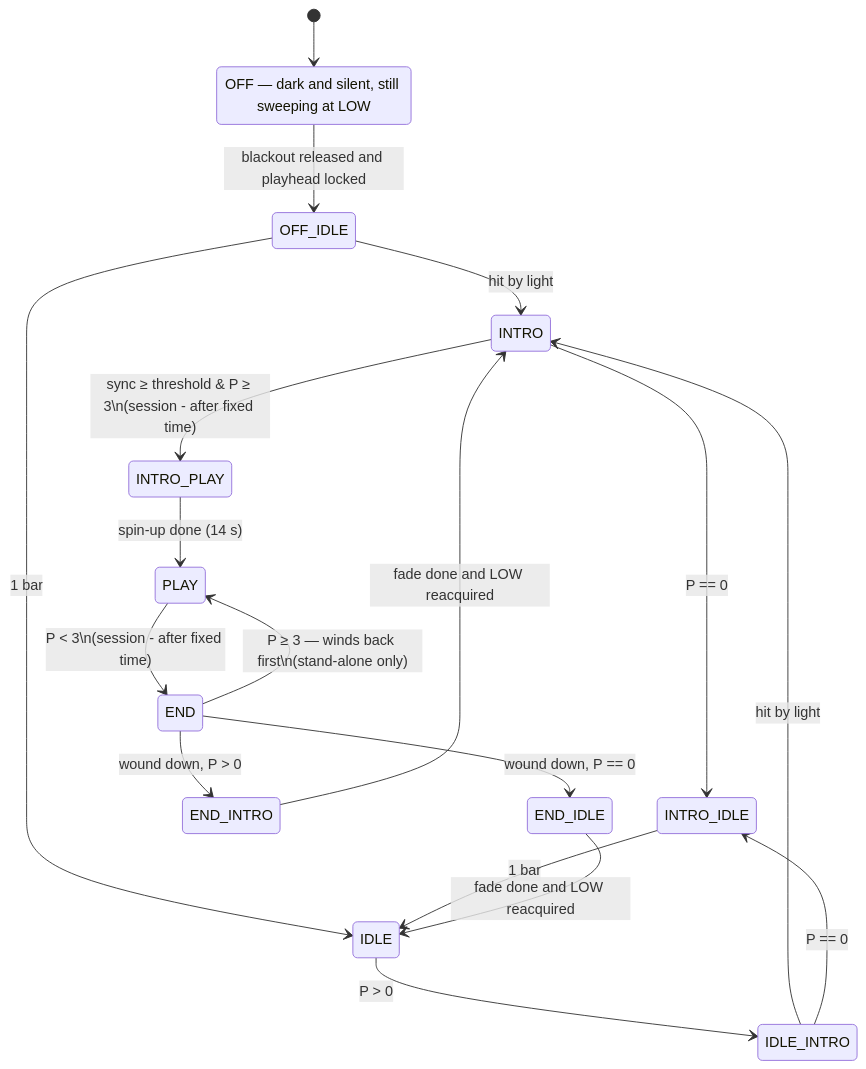
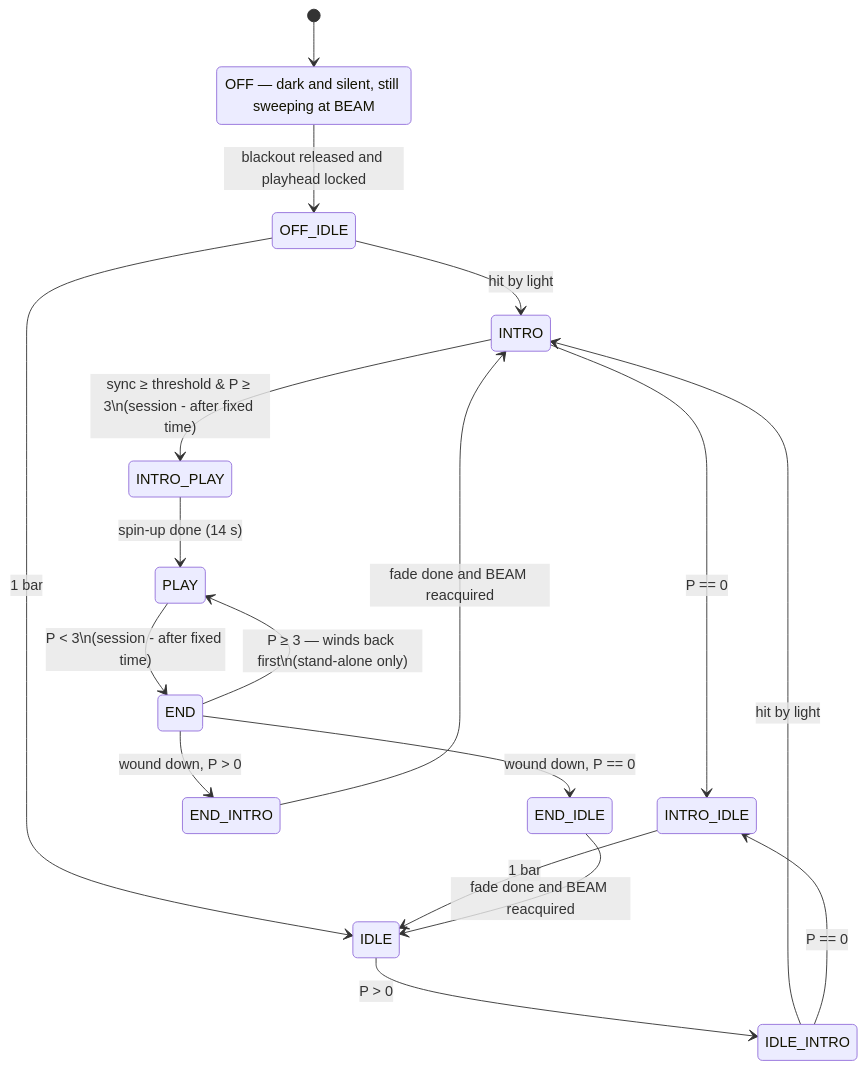
Before and after one commit to moostrik/Poser2: the diagram in apps/white_space/data/STATES.md, drawn with Mermaid. The commit also changed other lines of this file and 51 other files, not shown here.

````diff
--- a/apps/white_space/data/STATES.md
+++ b/apps/white_space/data/STATES.md
@@ -40,21 +40,21 @@
 ```mermaid
 stateDiagram-v2
-    OFF: OFF — dark and silent, still sweeping at LOW
+    OFF: OFF — dark and silent, still sweeping at BEAM
     [*] --> OFF
     OFF --> OFF_IDLE: blackout released and playhead locked
     OFF_IDLE --> INTRO: hit by light
     OFF_IDLE --> IDLE: 1 bar
     IDLE --> IDLE_INTRO: P > 0
     IDLE_INTRO --> INTRO: hit by light
     IDLE_INTRO --> INTRO_IDLE: P == 0
     INTRO --> INTRO_IDLE: P == 0
     INTRO --> INTRO_PLAY: sync ≥ threshold & P ≥ 3\n(session - after fixed time)
     INTRO_IDLE --> IDLE: 1 bar
     INTRO_PLAY --> PLAY: spin-up done (14 s)
     PLAY --> END: P < 3\n(session - after fixed time)
     END --> PLAY: P ≥ 3 — winds back first\n(stand-alone only)
     END --> END_INTRO: wound down, P > 0
     END --> END_IDLE: wound down, P == 0
-    END_INTRO --> INTRO: fade done and LOW reacquired
-    END_IDLE --> IDLE: fade done and LOW reacquired
+    END_INTRO --> INTRO: fade done and BEAM reacquired
+    END_IDLE --> IDLE: fade done and BEAM reacquired
 ```
````
